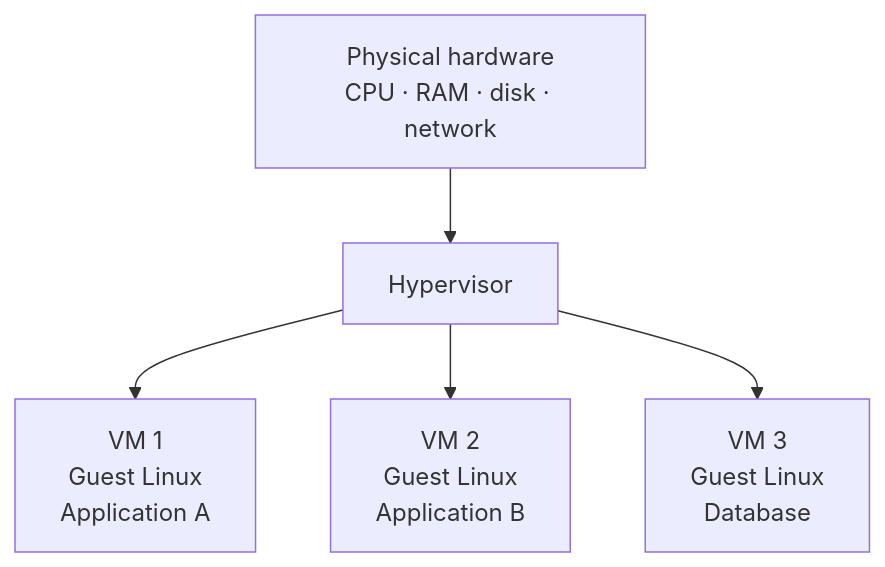
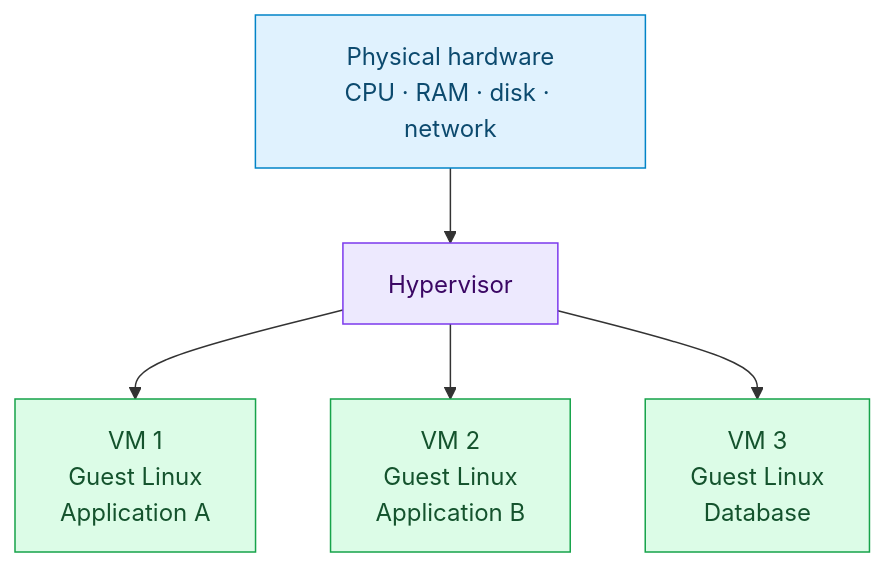
Before and after one commit to sameeralam3127/compute-central-docs: the first of 2 diagrams in docs/docker/02-virtual-machines-and-kvm.md, drawn with Mermaid. The commit also changed other lines of this file and 27 other files, not shown here.

````diff
--- a/docs/docker/02-virtual-machines-and-kvm.md
+++ b/docs/docker/02-virtual-machines-and-kvm.md
@@ -15,7 +15,13 @@
 ```mermaid
 flowchart TB
     H[Physical hardware<br/>CPU · RAM · disk · network] --> HV[Hypervisor]
     HV --> VM1[VM 1<br/>Guest Linux<br/>Application A]
     HV --> VM2[VM 2<br/>Guest Linux<br/>Application B]
     HV --> VM3[VM 3<br/>Guest Linux<br/>Database]
+    classDef hardware fill:#e0f2fe,stroke:#0284c7,color:#0c4a6e
+    classDef hypervisor fill:#ede9fe,stroke:#7c3aed,color:#3b0764
+    classDef guest fill:#dcfce7,stroke:#16a34a,color:#14532d
+    class H hardware
+    class HV hypervisor
+    class VM1,VM2,VM3 guest
 ```
````
